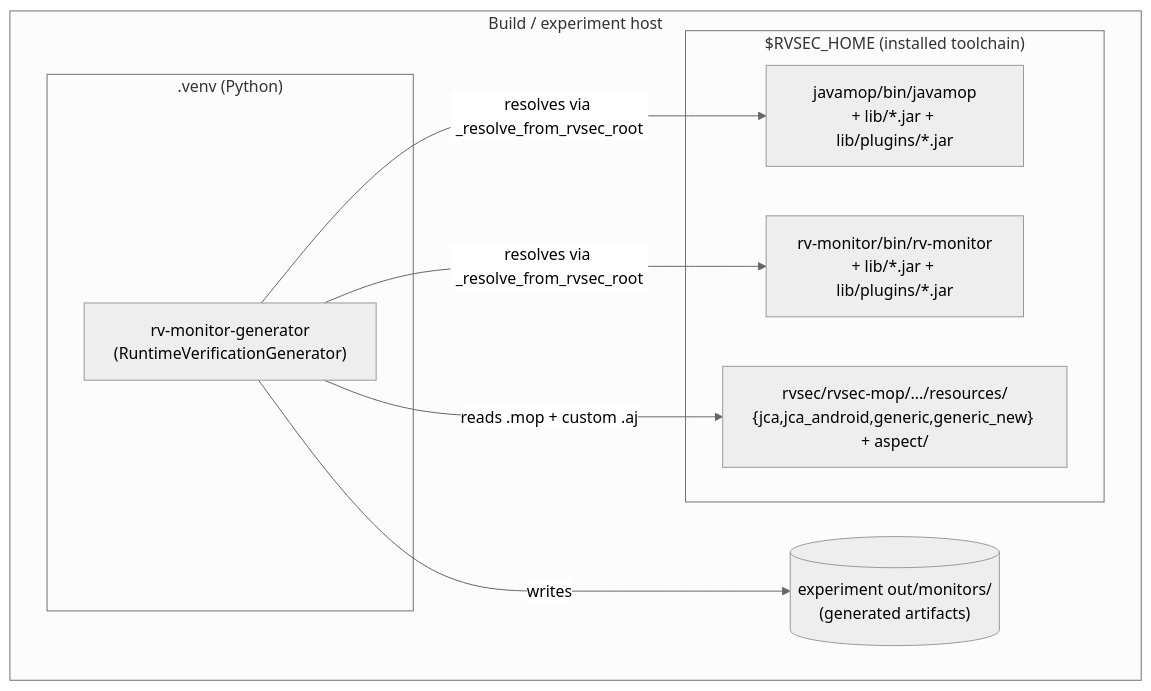
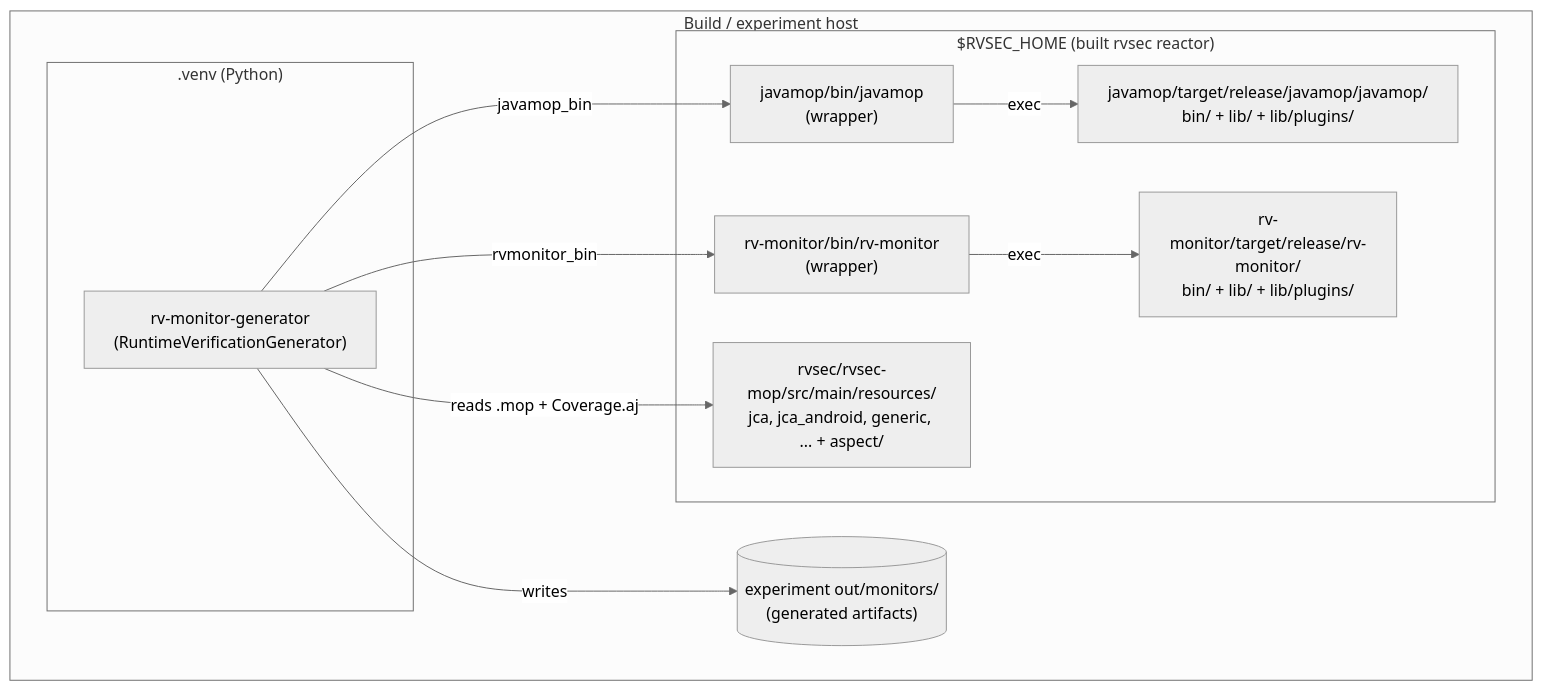
The fourth of 4 diagrams in rv-android/docs/architecture/monitor-generation.md (PAMunb/rvsec), drawn with Mermaid before and after one commit. The commit also changed other lines of this file and 7 other files, not shown here.

````diff
--- a/rv-android/docs/architecture/monitor-generation.md
+++ b/rv-android/docs/architecture/monitor-generation.md
@@ -676,19 +794,23 @@
 ```mermaid
 %%{init: {'theme': 'neutral'}}%%
 flowchart TB
     subgraph host["Build / experiment host"]
         subgraph venv[".venv (Python)"]
             gen["rv-monitor-generator<br/>(RuntimeVerificationGenerator)"]
         end
-        subgraph rvsec["$RVSEC_HOME (installed toolchain)"]
-            jmrel["javamop/bin/javamop<br/>+ lib/*.jar + lib/plugins/*.jar"]
-            rvmrel["rv-monitor/bin/rv-monitor<br/>+ lib/*.jar + lib/plugins/*.jar"]
-            specs["rvsec/rvsec-mop/.../resources/<br/>{jca,jca_android,generic,generic_new} + aspect/"]
+        subgraph rvsec["$RVSEC_HOME (built rvsec reactor)"]
+            jmwrap["javamop/bin/javamop<br/>(wrapper)"]
+            jmrel["javamop/target/release/javamop/javamop/<br/>bin/ + lib/ + lib/plugins/"]
+            rvmwrap["rv-monitor/bin/rv-monitor<br/>(wrapper)"]
+            rvmrel["rv-monitor/target/release/rv-monitor/<br/>bin/ + lib/ + lib/plugins/"]
+            specs["rvsec/rvsec-mop/src/main/resources/<br/>jca, jca_android, generic, ... + aspect/"]
         end
         outdir[("experiment out/monitors/<br/>(generated artifacts)")]
     end
-    gen -->|resolves via _resolve_from_rvsec_root| jmrel
-    gen -->|resolves via _resolve_from_rvsec_root| rvmrel
-    gen -->|reads .mop + custom .aj| specs
+    gen -->|javamop_bin| jmwrap
+    jmwrap -->|exec| jmrel
+    gen -->|rvmonitor_bin| rvmwrap
+    rvmwrap -->|exec| rvmrel
+    gen -->|reads .mop + Coverage.aj| specs
     gen -->|writes| outdir
 ```
````
